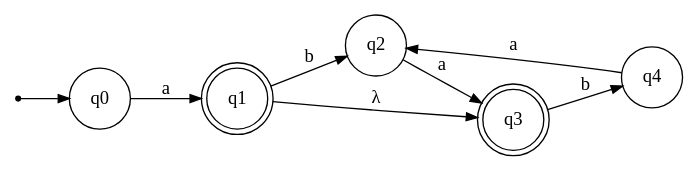
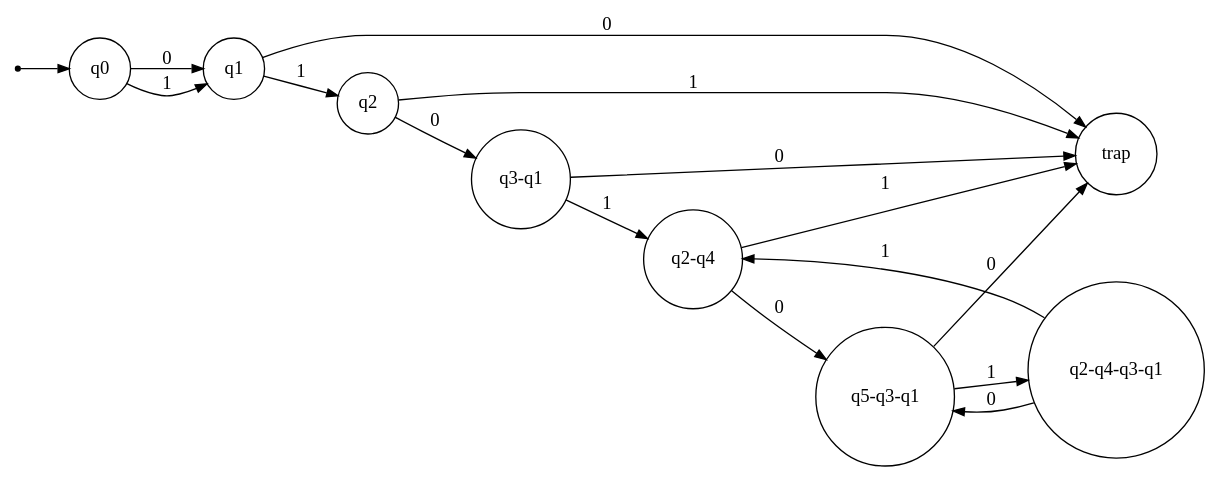
Before and after one commit to Computer-Engineering-Projects-IUST/TLA-MidtermProject: the diagram in TLA01-Projects/Digraph.gv, drawn with Graphviz. The commit also changed 5 other files, not shown here.

```diff
--- a/TLA01-Projects/Digraph.gv
+++ b/TLA01-Projects/Digraph.gv
@@ -1,17 +1,28 @@
 digraph {
 	ranksep=0.5 size="(8, 8)"
 	rankdir=LR
 	Initial [label="" fontsize=14.0 shape=point]
 	q0 [fontsize=14.0 shape=circle]
-	q1 [fontsize=14.0 shape=doublecircle]
+	q1 [fontsize=14.0 shape=circle]
 	q2 [fontsize=14.0 shape=circle]
-	q3 [fontsize=14.0 shape=doublecircle]
-	q4 [fontsize=14.0 shape=circle]
+	"q2-q4" [fontsize=14.0 shape=circle]
+	"q2-q4-q3-q1" [fontsize=14.0 shape=circle]
+	"q3-q1" [fontsize=14.0 shape=circle]
+	"q5-q3-q1" [fontsize=14.0 shape=circle]
+	trap [fontsize=14.0 shape=circle]
 	Initial -> q0 [arrowsize=0.85]
-	q0 -> q1 [label=" a " arrowsize=0.85 fontsize=14.0]
-	q1 -> q3 [label=" λ " arrowsize=0.85 fontsize=14.0]
-	q1 -> q2 [label=" b " arrowsize=0.85 fontsize=14.0]
-	q2 -> q3 [label=" a " arrowsize=0.85 fontsize=14.0]
-	q3 -> q4 [label=" b " arrowsize=0.85 fontsize=14.0]
-	q4 -> q2 [label=" a " arrowsize=0.85 fontsize=14.0]
+	q0 -> q1 [label=" 0 " arrowsize=0.85 fontsize=14.0]
+	q0 -> q1 [label=" 1 " arrowsize=0.85 fontsize=14.0]
+	q1 -> trap [label=" 0 " arrowsize=0.85 fontsize=14.0]
+	q1 -> q2 [label=" 1 " arrowsize=0.85 fontsize=14.0]
+	q2 -> "q3-q1" [label=" 0 " arrowsize=0.85 fontsize=14.0]
+	q2 -> trap [label=" 1 " arrowsize=0.85 fontsize=14.0]
+	"q3-q1" -> trap [label=" 0 " arrowsize=0.85 fontsize=14.0]
+	"q3-q1" -> "q2-q4" [label=" 1 " arrowsize=0.85 fontsize=14.0]
+	"q2-q4" -> "q5-q3-q1" [label=" 0 " arrowsize=0.85 fontsize=14.0]
+	"q2-q4" -> trap [label=" 1 " arrowsize=0.85 fontsize=14.0]
+	"q5-q3-q1" -> trap [label=" 0 " arrowsize=0.85 fontsize=14.0]
+	"q5-q3-q1" -> "q2-q4-q3-q1" [label=" 1 " arrowsize=0.85 fontsize=14.0]
+	"q2-q4-q3-q1" -> "q5-q3-q1" [label=" 0 " arrowsize=0.85 fontsize=14.0]
+	"q2-q4-q3-q1" -> "q2-q4" [label=" 1 " arrowsize=0.85 fontsize=14.0]
 }
```
